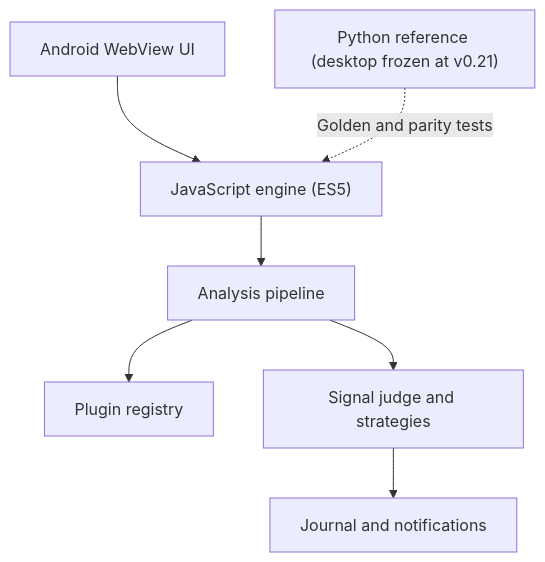
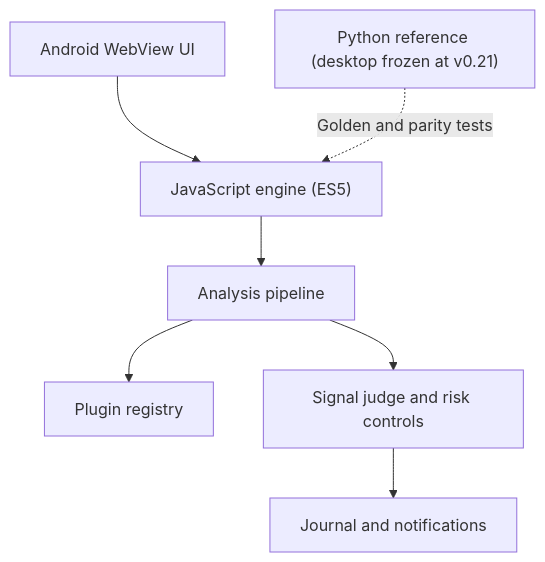
One commit to Suushian/Odin-Assistant changed the third of 3 diagrams in README.md. Above: the diagram before and after it, drawn with Mermaid. The commit also changed other lines of this file and 50 other files, not shown here.

First line of the commit message:
refactor: remove trading strategies from signal pipeline

````diff
--- a/README.md
+++ b/README.md
@@ -143,9 +118,9 @@
 ```mermaid
 flowchart TB
     UI["Android WebView UI"] --> JS["JavaScript engine (ES5)"]
     JS --> PIPE["Analysis pipeline"]
     PIPE --> PLUG["Plugin registry"]
-    PIPE --> JUDGE["Signal judge and strategies"]
+    PIPE --> JUDGE["Signal judge and risk controls"]
     JUDGE --> JOURNAL["Journal and notifications"]
     PY["Python reference (desktop frozen at v0.21)"] -. "Golden and parity tests" .-> JS
 ```
````
